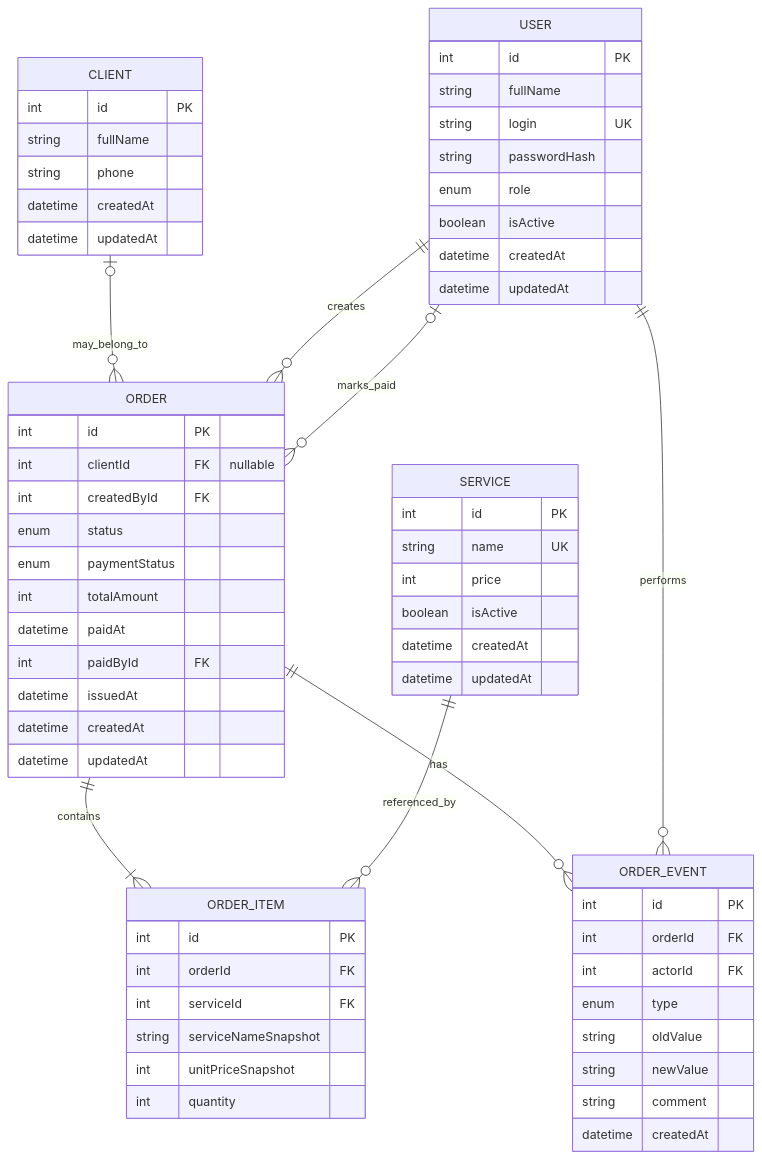
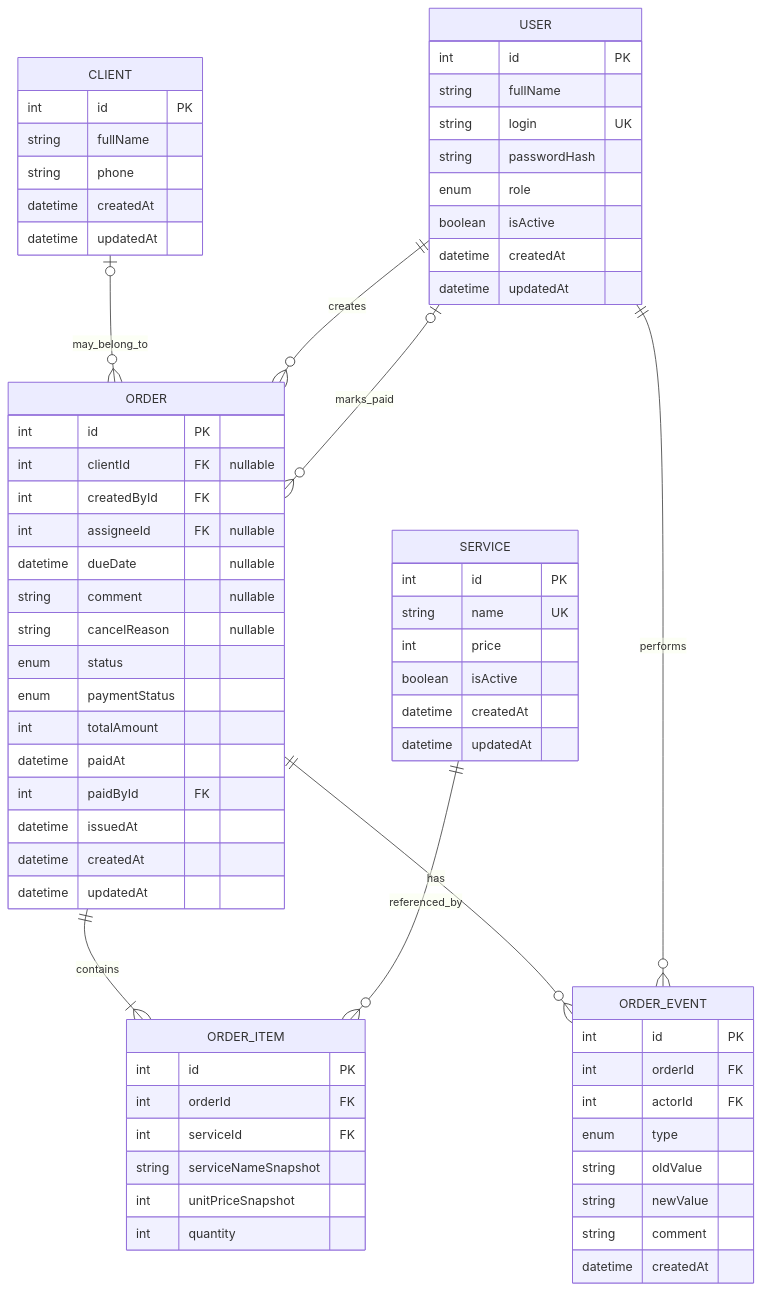
The second of 4 diagrams in docs/architecture.md (ironstars219-ui/key), drawn with Mermaid before and after one commit. The commit also changed other lines of this file, not shown here.

````diff
--- a/docs/architecture.md
+++ b/docs/architecture.md
@@ -345,67 +360,71 @@
 ```mermaid
 erDiagram
     CLIENT |o--o{ ORDER : "may_belong_to"
     USER ||--o{ ORDER : "creates"
     USER |o--o{ ORDER : "marks_paid"
     ORDER ||--|{ ORDER_ITEM : "contains"
     SERVICE ||--o{ ORDER_ITEM : "referenced_by"
     ORDER ||--o{ ORDER_EVENT : "has"
     USER ||--o{ ORDER_EVENT : "performs"
 
     USER {
         int id PK
         string fullName
         string login UK
         string passwordHash
         enum role
         boolean isActive
         datetime createdAt
         datetime updatedAt
     }
     CLIENT {
         int id PK
         string fullName
         string phone
         datetime createdAt
         datetime updatedAt
     }
     SERVICE {
         int id PK
         string name UK
         int price
         boolean isActive
         datetime createdAt
         datetime updatedAt
     }
     ORDER {
         int id PK
         int clientId FK "nullable"
         int createdById FK
+        int assigneeId FK "nullable"
+        datetime dueDate "nullable"
+        string comment "nullable"
+        string cancelReason "nullable"
         enum status
         enum paymentStatus
         int totalAmount
         datetime paidAt
         int paidById FK
         datetime issuedAt
         datetime createdAt
         datetime updatedAt
     }
     ORDER_ITEM {
         int id PK
         int orderId FK
         int serviceId FK
         string serviceNameSnapshot
         int unitPriceSnapshot
         int quantity
     }
     ORDER_EVENT {
         int id PK
         int orderId FK
         int actorId FK
         enum type
         string oldValue
         string newValue
         string comment
         datetime createdAt
     }
 ```
````
